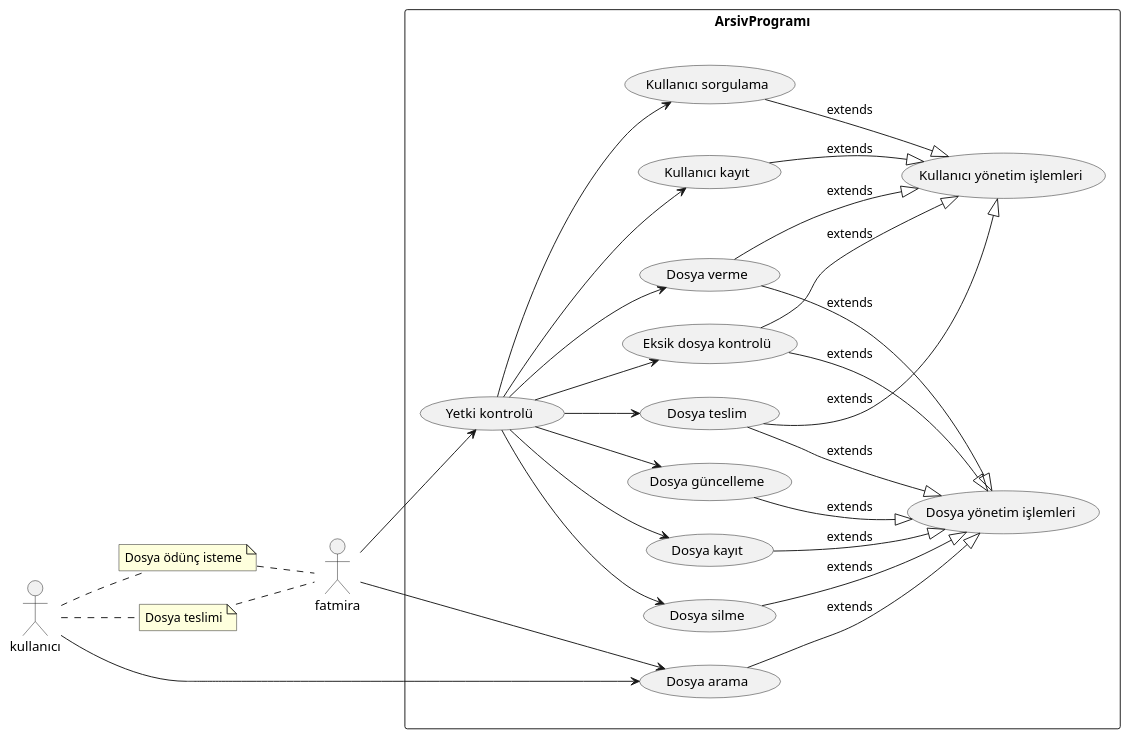
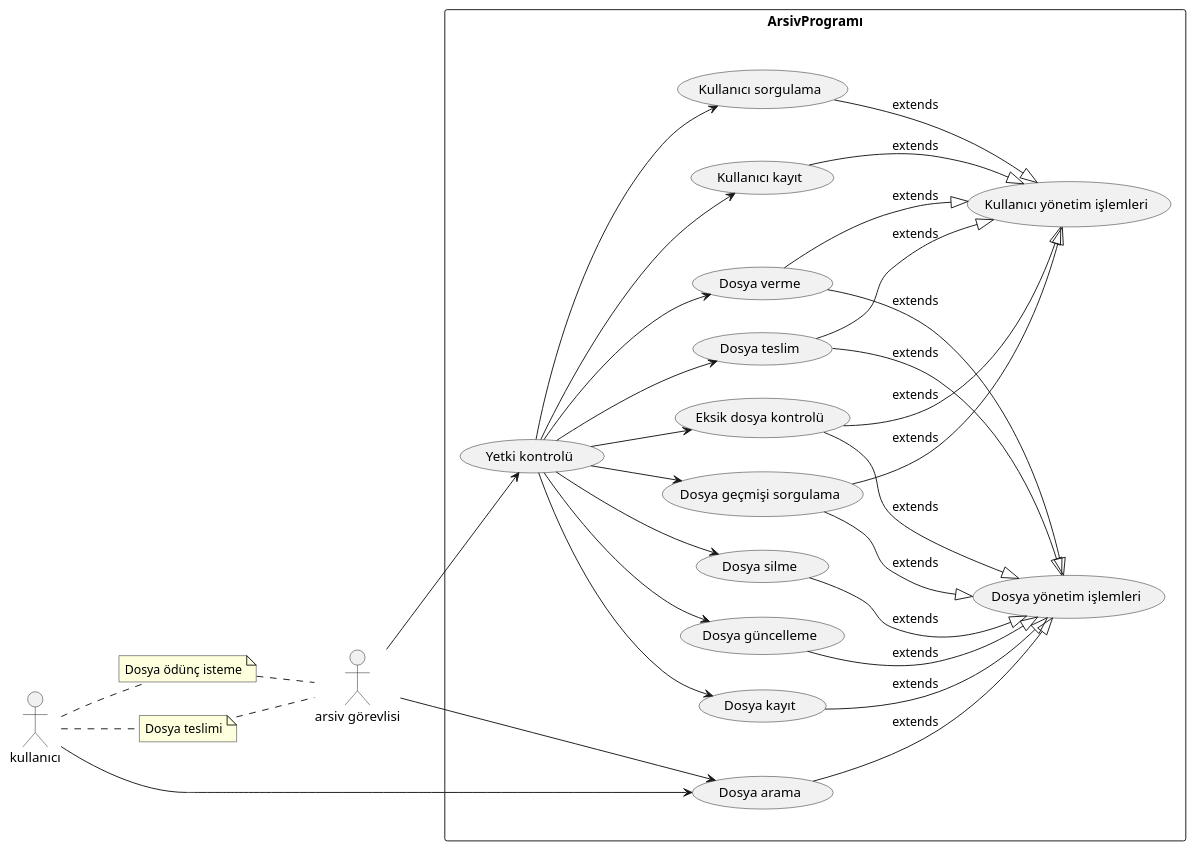
One commit to ipa-mosit/ARSIV-AMS2 changed the diagram in src/main/resources/uml/useCase.puml. Above: the diagram before and after it, drawn with PlantUML. The commit also changed 2 other files, not shown here.

Commit message:
diagram update

```diff
--- a/src/main/resources/uml/useCase.puml
+++ b/src/main/resources/uml/useCase.puml
@@ -1,55 +1,59 @@
 @startuml
 left to right direction
 /' skinparam packageStyle rectangle '/
-actor fatmira
+actor "arsiv görevlisi"as argör
+/' actor argör '/
 actor kullanıcı
 
 /' together{ '/
 /' } '/
 note "Dosya ödünç isteme" as DOI
 note "Dosya teslimi" as DT
 kullanıcı .. DT
-DT .. fatmira
+DT .. argör
 kullanıcı .. DOI
-DOI .. fatmira
+DOI .. argör
 rectangle ArsivProgramı {
 
 /' (Dosya verme/alma) '/
 /' (Dosya alma) '/
 /' (Dosya verme) '/
 (Yetki kontrolü)
 kullanıcı-->(Dosya arama)
-fatmira-->(Yetki kontrolü)
-fatmira --> (Dosya arama)
+argör-->(Yetki kontrolü)
+argör --> (Dosya arama)
 (Yetki kontrolü)--> (Dosya kayıt)
 (Yetki kontrolü)--> (Dosya güncelleme)
 (Yetki kontrolü)--> (Dosya verme)
 (Yetki kontrolü)--> (Dosya silme)
 (Yetki kontrolü)--> (Dosya teslim)
 (Yetki kontrolü)-->(Kullanıcı kayıt)
 (Yetki kontrolü)-->(Kullanıcı sorgulama)
 (Yetki kontrolü)-->(Eksik dosya kontrolü)
+(Yetki kontrolü)-->(Dosya geçmişi sorgulama)
 
 
-/' fatmira --> (Kullanıcı yönetim işlemleri) '/
+/' argör --> (Kullanıcı yönetim işlemleri) '/
 (Dosya teslim)--|>(Kullanıcı yönetim işlemleri):extends
 (Dosya verme)--|>(Kullanıcı yönetim işlemleri):extends
 (Kullanıcı kayıt)--|>(Kullanıcı yönetim işlemleri):extends
 (Kullanıcı sorgulama)--|>(Kullanıcı yönetim işlemleri):extends
+(Dosya geçmişi sorgulama)--|>(Kullanıcı yönetim işlemleri):extends
 
 (Dosya arama)--|>(Dosya yönetim işlemleri):extends
 (Dosya kayıt)--|>(Dosya yönetim işlemleri):extends
 (Dosya güncelleme)--|>(Dosya yönetim işlemleri):extends
 (Dosya silme)--|>(Dosya yönetim işlemleri):extends
 (Eksik dosya kontrolü)--|>(Dosya yönetim işlemleri):extends
 (Dosya verme)--|>(Dosya yönetim işlemleri):extends
 (Dosya teslim)--|>(Dosya yönetim işlemleri):extends
+(Dosya geçmişi sorgulama)--|>(Dosya yönetim işlemleri):extends
 
 (Eksik dosya kontrolü)--|>(Kullanıcı yönetim işlemleri):extends
 /' right to left direction '/
 /' (Dosya alma)<~~(Dosya verme/alma) : içerir '/
 /' (Dosya verme)<~~(Dosya verme/alma) : içerir '/
 /' :Kullanıcı:---(DOSYA VERME/ALMA) '/
 /' :Kullanıcı:---(DOSYA ARAMA) '/
 }
 @enduml
```
